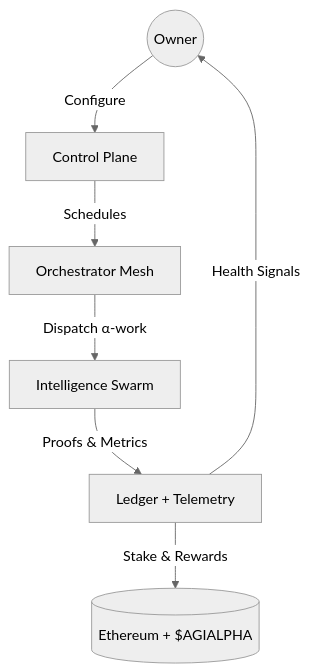
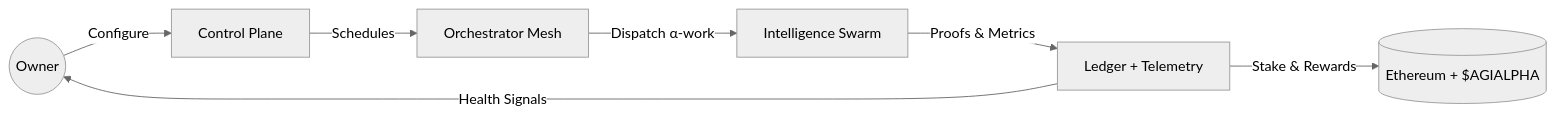
Before and after one commit to MontrealAI/AGI-Alpha-Node-v0: the first of 4 diagrams in README.md, drawn with Mermaid (neutral theme). The commit also changed other lines of this file, not shown here.

````diff
--- a/README.md
+++ b/README.md
@@ -40,9 +40,9 @@
 ```mermaid
-graph TB
+graph LR
   Owner((Owner)) -->|Configure| ControlPlane[Control Plane]
   ControlPlane -->|Schedules| OrchestratorMesh[Orchestrator Mesh]
   OrchestratorMesh -->|Dispatch α-work| IntelligenceSwarm[Intelligence Swarm]
   IntelligenceSwarm -->|Proofs & Metrics| LedgerTelemetry[Ledger + Telemetry]
   LedgerTelemetry -->|Stake & Rewards| Ethereum[(Ethereum + $AGIALPHA)]
   LedgerTelemetry -->|Health Signals| Owner
 ```
````
